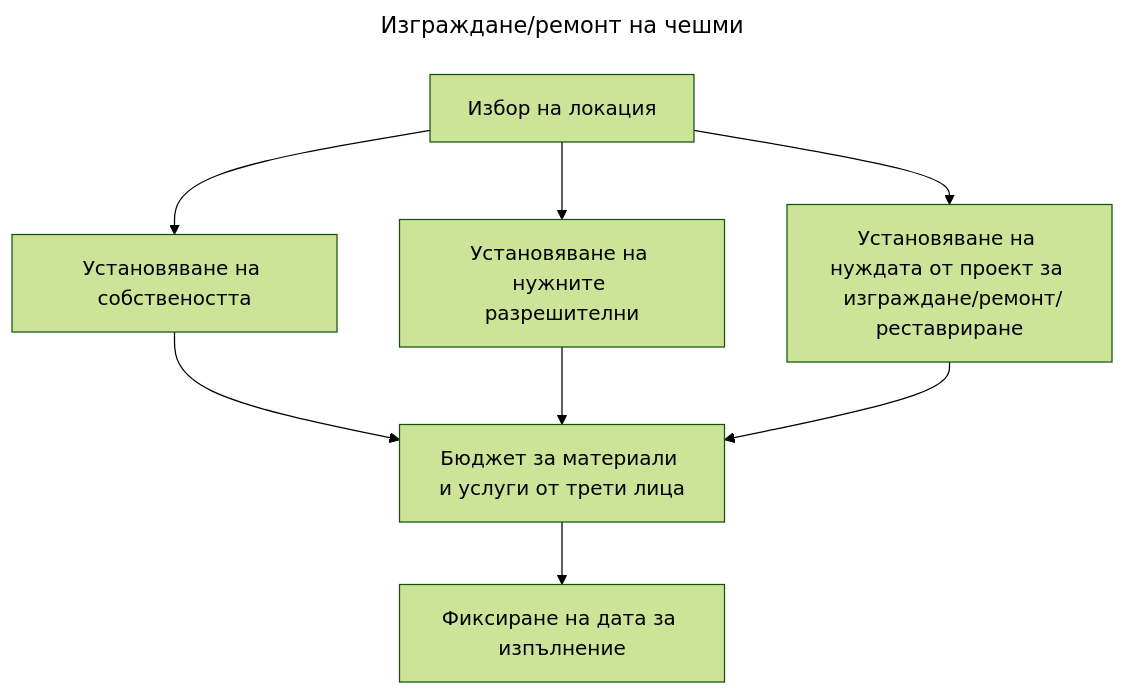
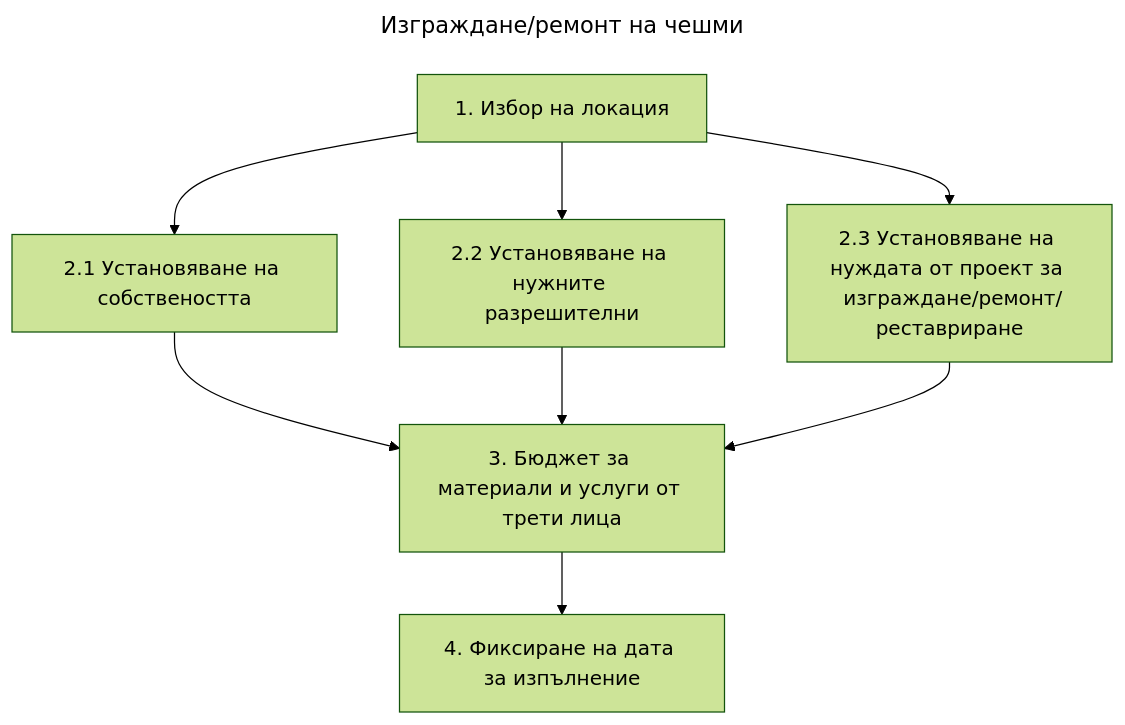
Before and after one commit to TodorKarparov/Rotaract: the diagram in projects/projects.md, drawn with Mermaid (forest theme).

Commit message:
edit flowchart

````diff
--- a/projects/projects.md
+++ b/projects/projects.md
@@ -3,8 +3,8 @@
 ```mermaid
 ---
 title: Изграждане/ремонт на чешми
 ---
 flowchart TD
-    A[Избор на локация] --> B[Установяване на собствеността] & C[Установяване на нужните разрешителни] & D["Установяване на нуждата от проект за \n изграждане/ремонт/реставриране"] --> E[Бюджет за материали и услуги от трети лица] --> F[Фиксиране на дата за изпълнение]
+    A[1. Избор на локация] --> B[2.1 Установяване на собствеността] & C[2.2 Установяване на нужните разрешителни] & D["2.3 Установяване на нуждата от проект за \n изграждане/ремонт/реставриране"] --> E[3. Бюджет за материали и услуги от трети лица] --> F[4. Фиксиране на дата за изпълнение]
 
 ```
````
